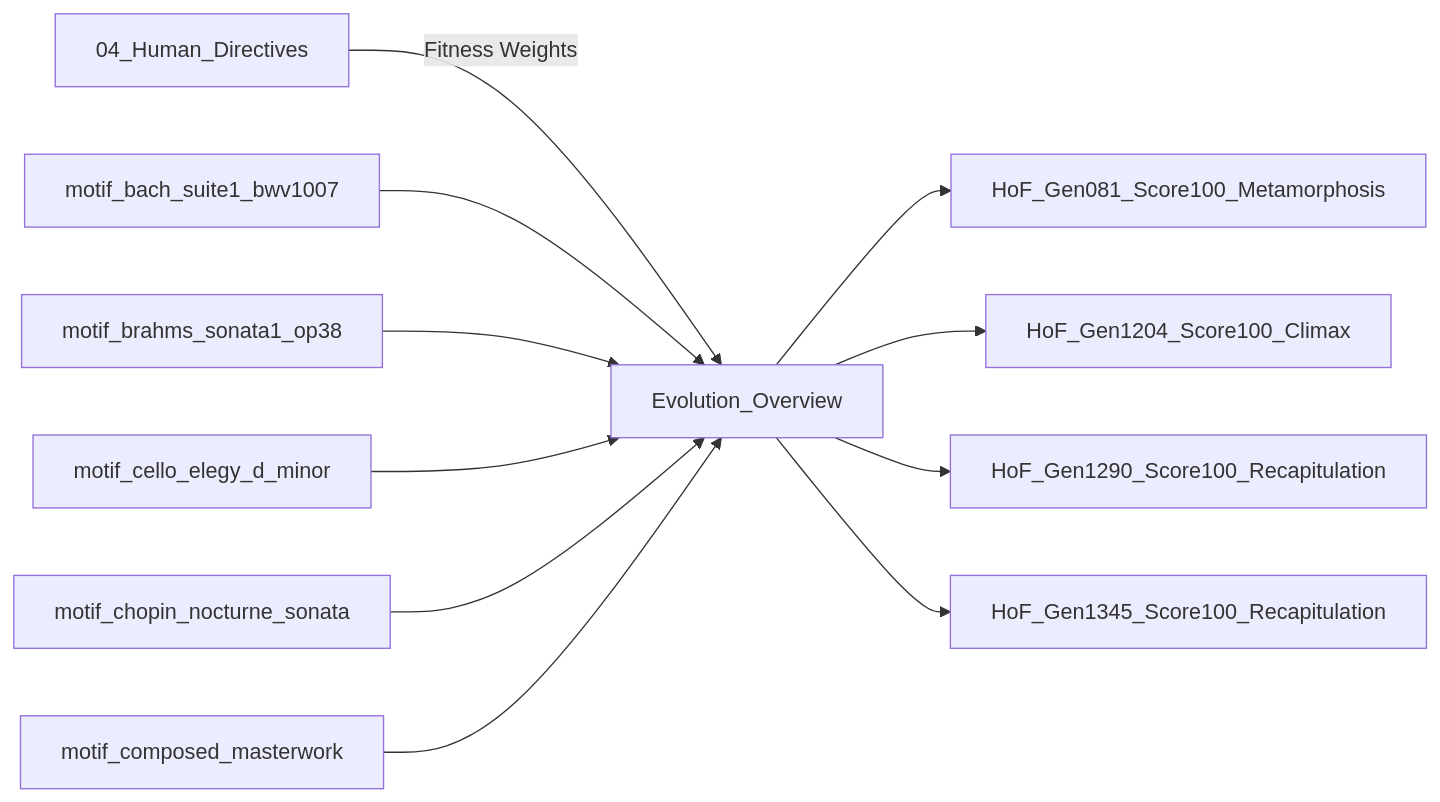
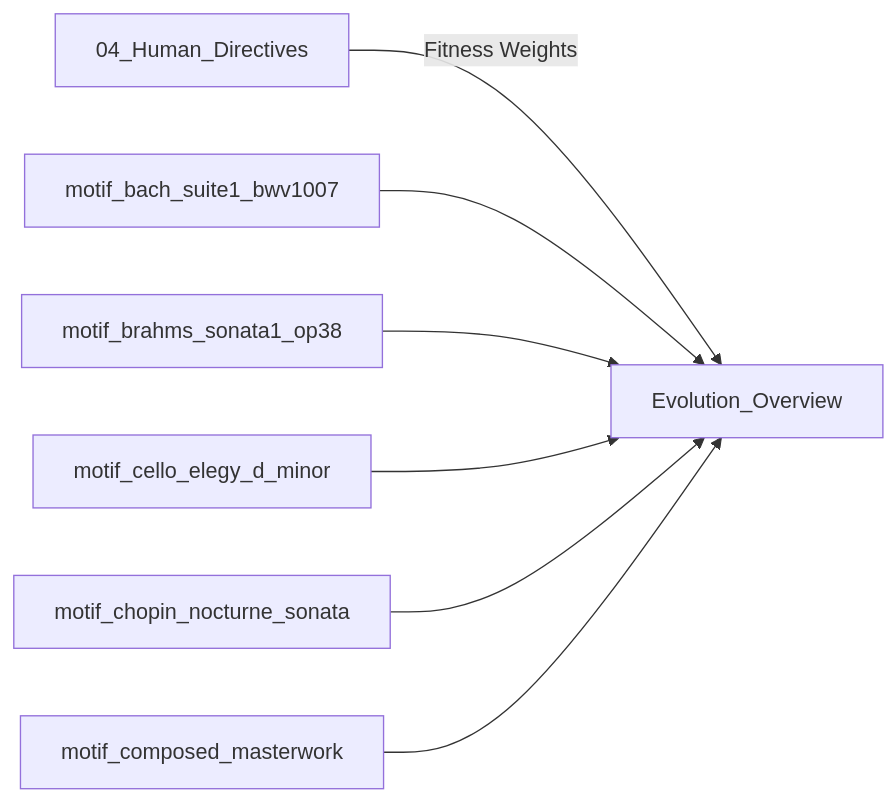
One commit to AI-Avalon/Disklavier-Auto changed the second of 2 diagrams in obsidian_vault/00_Dashboard/Evolution_Overview.md. Above: the diagram before and after it, drawn with Mermaid. The commit also changed other lines of this file and 57 other files, not shown here.

````diff
--- a/obsidian_vault/00_Dashboard/Evolution_Overview.md
+++ b/obsidian_vault/00_Dashboard/Evolution_Overview.md
@@ -43,13 +34,9 @@
 ```mermaid
 flowchart LR
     D["04_Human_Directives"] -->|"Fitness Weights"| O["Evolution_Overview"]
     motif_bach_suite1_bwv1007["motif_bach_suite1_bwv1007"] --> O
     motif_brahms_sonata1_op38["motif_brahms_sonata1_op38"] --> O
     motif_cello_elegy_d_minor["motif_cello_elegy_d_minor"] --> O
     motif_chopin_nocturne_sonata["motif_chopin_nocturne_sonata"] --> O
     motif_composed_masterwork["motif_composed_masterwork"] --> O
-    O --> HoF_Gen081_Score100_Metamorphosis["HoF_Gen081_Score100_Metamorphosis"]
-    O --> HoF_Gen1204_Score100_Climax["HoF_Gen1204_Score100_Climax"]
-    O --> HoF_Gen1290_Score100_Recapitulation["HoF_Gen1290_Score100_Recapitulation"]
-    O --> HoF_Gen1345_Score100_Recapitulation["HoF_Gen1345_Score100_Recapitulation"]
 ```
````
